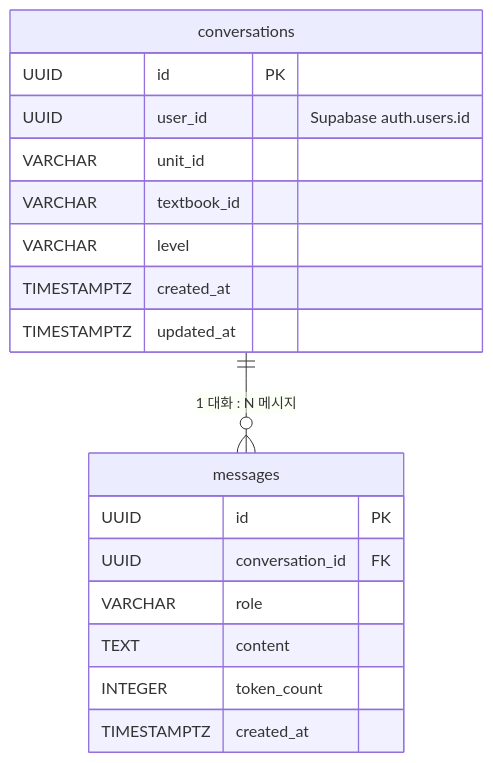
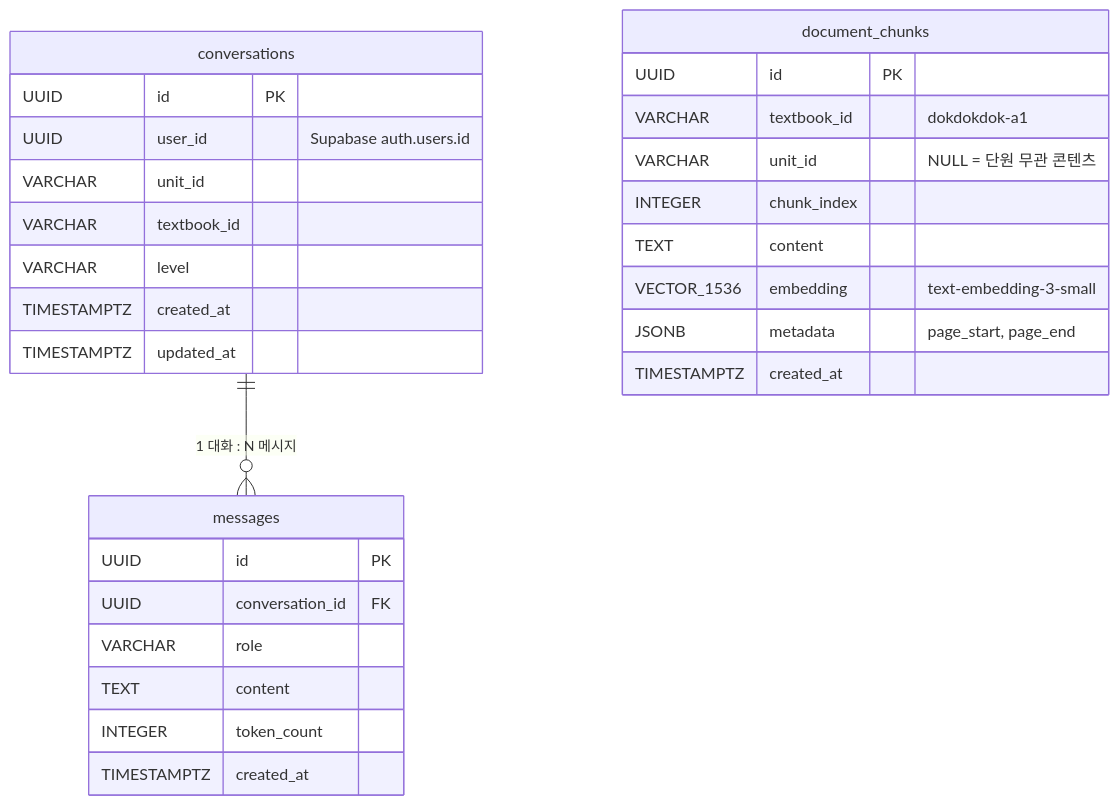
One commit to JayKim88/lingua-rag changed the fourth of 4 diagrams in README.md. Above: the diagram before and after it, drawn with Mermaid. The commit also changed other lines of this file, not shown here.

````diff
--- a/README.md
+++ b/README.md
@@ -157,23 +171,34 @@
 ```mermaid
 erDiagram
     conversations {
         UUID id PK
         UUID user_id "Supabase auth.users.id"
         VARCHAR unit_id
         VARCHAR textbook_id
         VARCHAR level
         TIMESTAMPTZ created_at
         TIMESTAMPTZ updated_at
     }
 
     messages {
         UUID id PK
         UUID conversation_id FK
         VARCHAR role
         TEXT content
         INTEGER token_count
         TIMESTAMPTZ created_at
     }
 
     conversations ||--o{ messages : "1 대화 : N 메시지"
+
+    document_chunks {
+        UUID id PK
+        VARCHAR textbook_id "dokdokdok-a1"
+        VARCHAR unit_id "NULL = 단원 무관 콘텐츠"
+        INTEGER chunk_index
+        TEXT content
+        VECTOR_1536 embedding "text-embedding-3-small"
+        JSONB metadata "page_start, page_end"
+        TIMESTAMPTZ created_at
+    }
 ```
````
